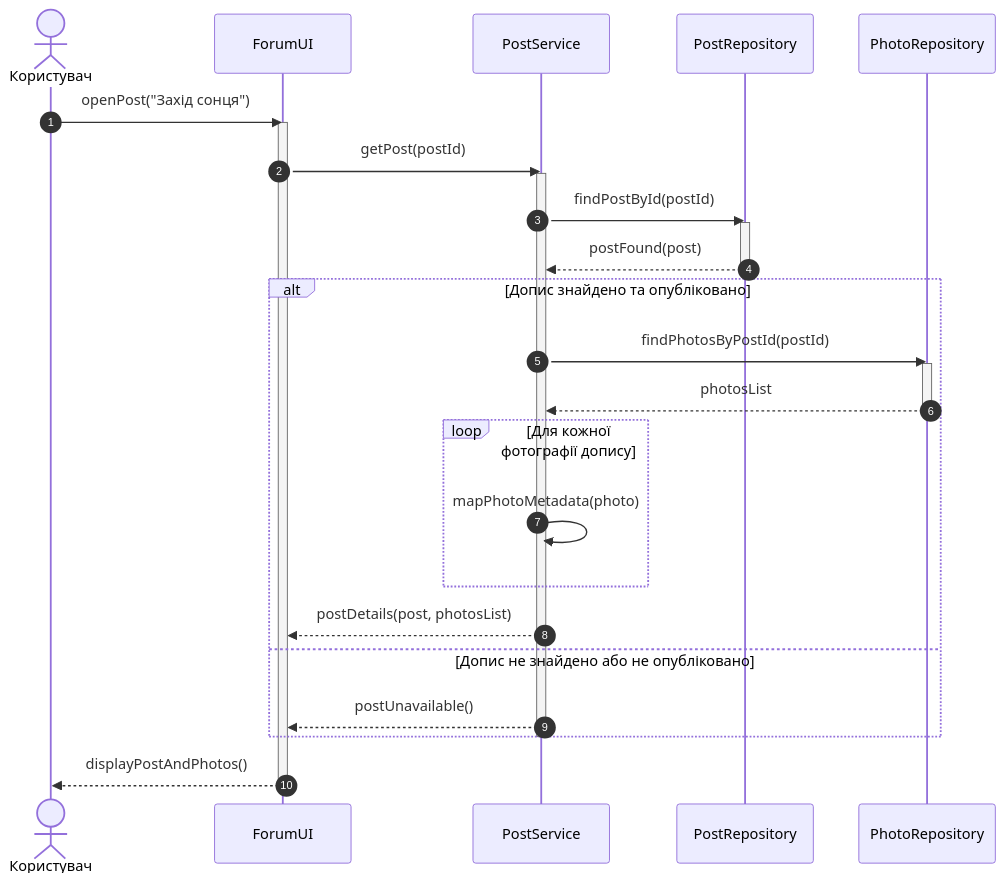
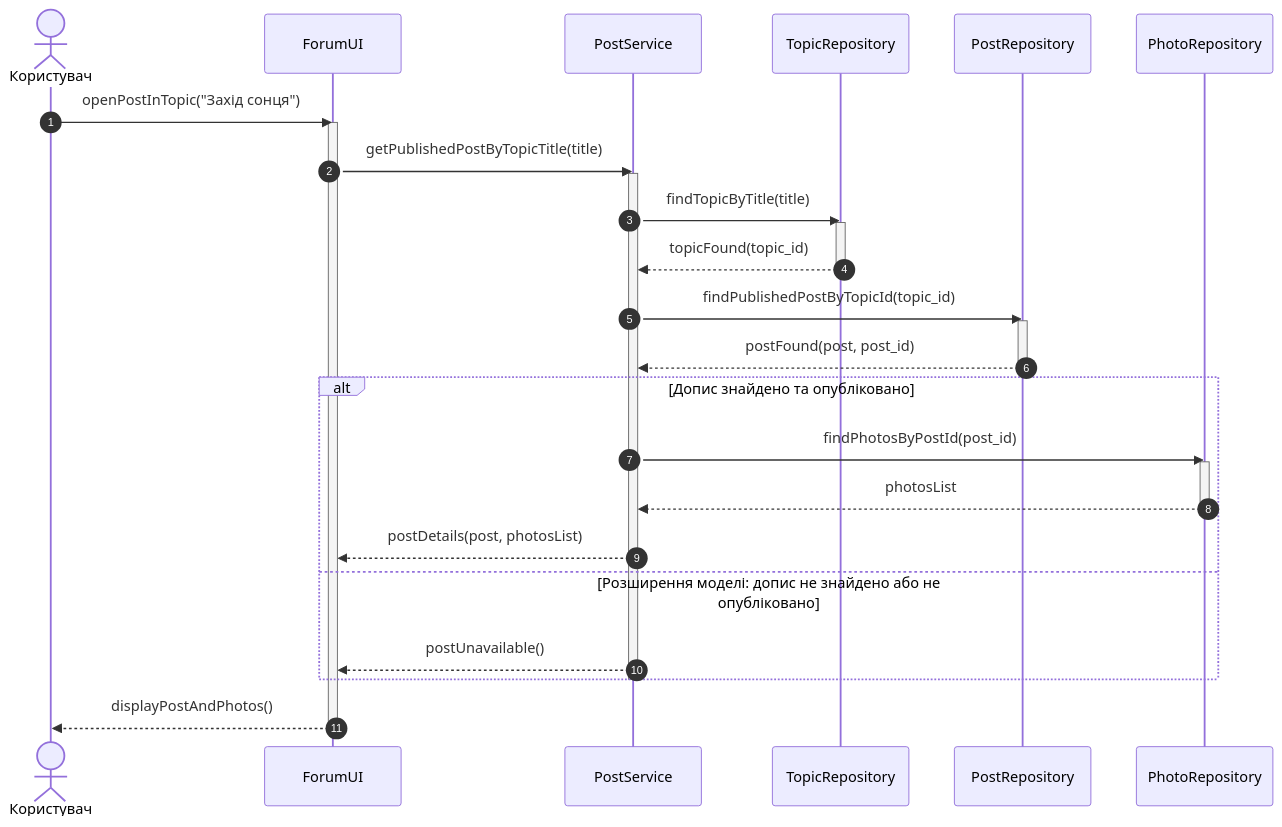
One commit to Strol20/kpi2_labs changed the diagram in sequence diagram/UC-03-view-published-post.md. Above: the diagram before and after it, drawn with Mermaid. The commit also changed 10 other files, not shown here.

````diff
--- a/sequence diagram/UC-03-view-published-post.md
+++ b/sequence diagram/UC-03-view-published-post.md
@@ -2,33 +2,35 @@
 ```mermaid
 sequenceDiagram
     autonumber
     actor User as Користувач
     participant UI as ForumUI
     participant PostService as PostService
+    participant TopicRepository as TopicRepository
     participant PostRepository as PostRepository
     participant PhotoRepository as PhotoRepository
 
-    User->>UI: openPost("Захід сонця")
+    User->>UI: openPostInTopic("Захід сонця")
     activate UI
-    UI->>PostService: getPost(postId)
+    UI->>PostService: getPublishedPostByTopicTitle(title)
     activate PostService
-    PostService->>PostRepository: findPostById(postId)
+    PostService->>TopicRepository: findTopicByTitle(title)
+    activate TopicRepository
+    TopicRepository-->>PostService: topicFound(topic_id)
+    deactivate TopicRepository
+    PostService->>PostRepository: findPublishedPostByTopicId(topic_id)
     activate PostRepository
-    PostRepository-->>PostService: postFound(post)
+    PostRepository-->>PostService: postFound(post, post_id)
     deactivate PostRepository
     alt Допис знайдено та опубліковано
-        PostService->>PhotoRepository: findPhotosByPostId(postId)
+        PostService->>PhotoRepository: findPhotosByPostId(post_id)
         activate PhotoRepository
         PhotoRepository-->>PostService: photosList
         deactivate PhotoRepository
-        loop Для кожної фотографії допису
-            PostService->>PostService: mapPhotoMetadata(photo)
-        end
         PostService-->>UI: postDetails(post, photosList)
-    else Допис не знайдено або не опубліковано
+    else Розширення моделі: допис не знайдено або не опубліковано
         PostService-->>UI: postUnavailable()
     end
     deactivate PostService
     UI-->>User: displayPostAndPhotos()
     deactivate UI
 ```
````
